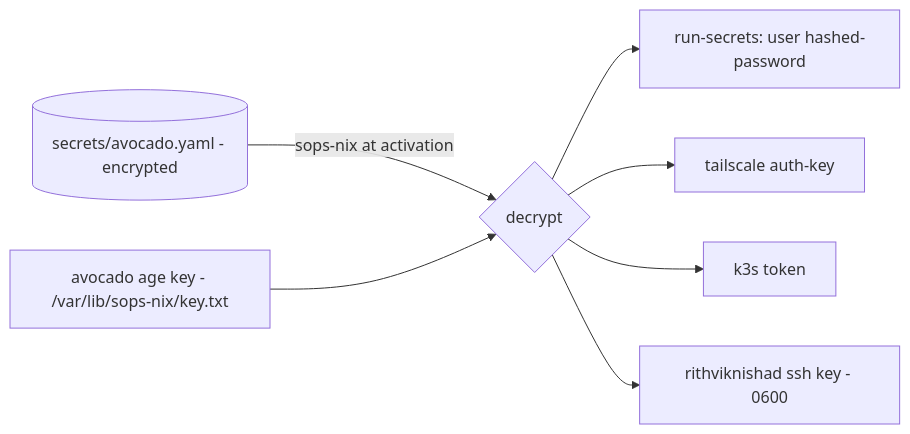
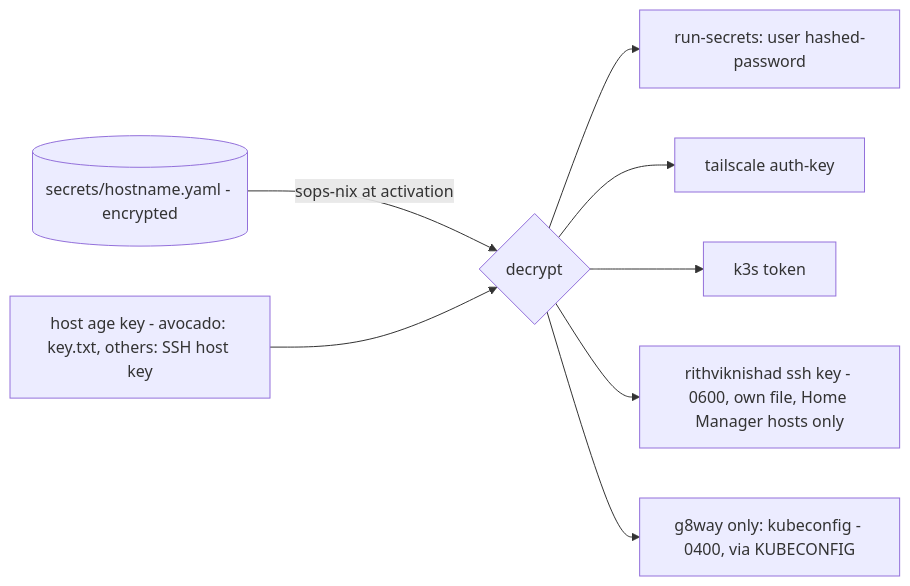
One commit to rithviknishad/systems.nix changed the diagram in docs/secrets.md. Above: the diagram before and after it, drawn with Mermaid. The commit also changed other lines of this file and 33 other files, not shown here.

````diff
--- a/docs/secrets.md
+++ b/docs/secrets.md
@@ -54,11 +59,12 @@
 ```mermaid
 flowchart LR
-    file[(secrets/avocado.yaml - encrypted)]
-    key[avocado age key - /var/lib/sops-nix/key.txt]
+    file[(secrets/hostname.yaml - encrypted)]
+    key[host age key - avocado: key.txt, others: SSH host key]
     file -->|sops-nix at activation| dec{decrypt}
     key --> dec
     dec --> pw[run-secrets: user hashed-password]
     dec --> ts[tailscale auth-key]
     dec --> k3s[k3s token]
-    dec --> ssh[rithviknishad ssh key - 0600]
+    dec --> ssh[rithviknishad ssh key - 0600, own file, Home Manager hosts only]
+    dec --> kc[g8way only: kubeconfig - 0400, via KUBECONFIG]
 ```
````
